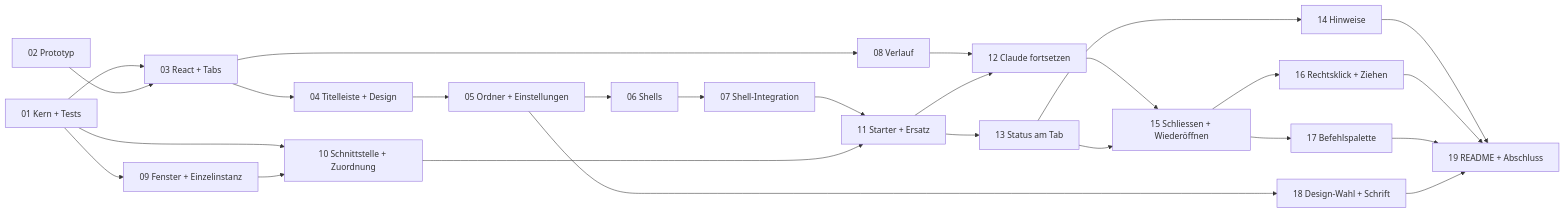
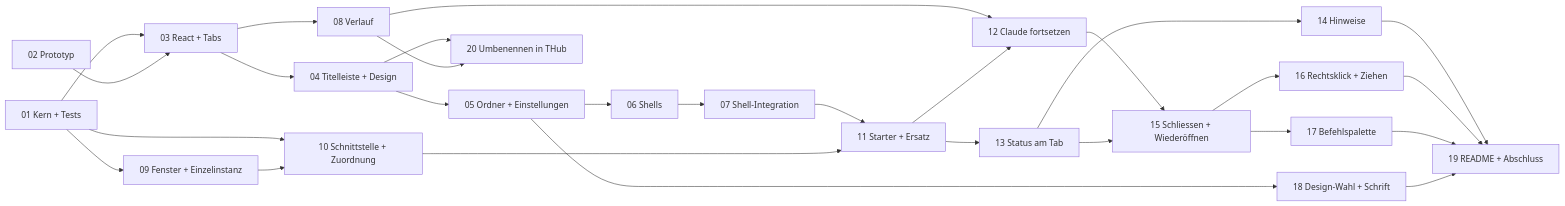
One commit to BonomoAlessandro/THub changed the diagram in docs/tickets/README.md. Above: the diagram before and after it, drawn with Mermaid. The commit also changed other lines of this file and 14 other files, not shown here.

````diff
--- a/docs/tickets/README.md
+++ b/docs/tickets/README.md
@@ -38,28 +39,30 @@
 ```mermaid
 flowchart LR
   T01[01 Kern + Tests] --> T03[03 React + Tabs]
   T02[02 Prototyp] --> T03
   T01 --> T09[09 Fenster + Einzelinstanz]
   T03 --> T04[04 Titelleiste + Design]
   T03 --> T08[08 Verlauf]
   T04 --> T05[05 Ordner + Einstellungen]
   T05 --> T06[06 Shells]
   T05 --> T18[18 Design-Wahl + Schrift]
   T06 --> T07[07 Shell-Integration]
   T01 --> T10[10 Schnittstelle + Zuordnung]
   T09 --> T10
   T07 --> T11[11 Starter + Ersatz]
   T10 --> T11
   T08 --> T12[12 Claude fortsetzen]
   T11 --> T12
   T11 --> T13[13 Status am Tab]
   T13 --> T14[14 Hinweise]
   T12 --> T15[15 Schliessen + Wiederöffnen]
   T13 --> T15
   T15 --> T16[16 Rechtsklick + Ziehen]
   T15 --> T17[17 Befehlspalette]
   T14 --> T19[19 README + Abschluss]
   T16 --> T19
   T17 --> T19
   T18 --> T19
+  T04 --> T20[20 Umbenennen in THub]
+  T08 --> T20
 ```
````
